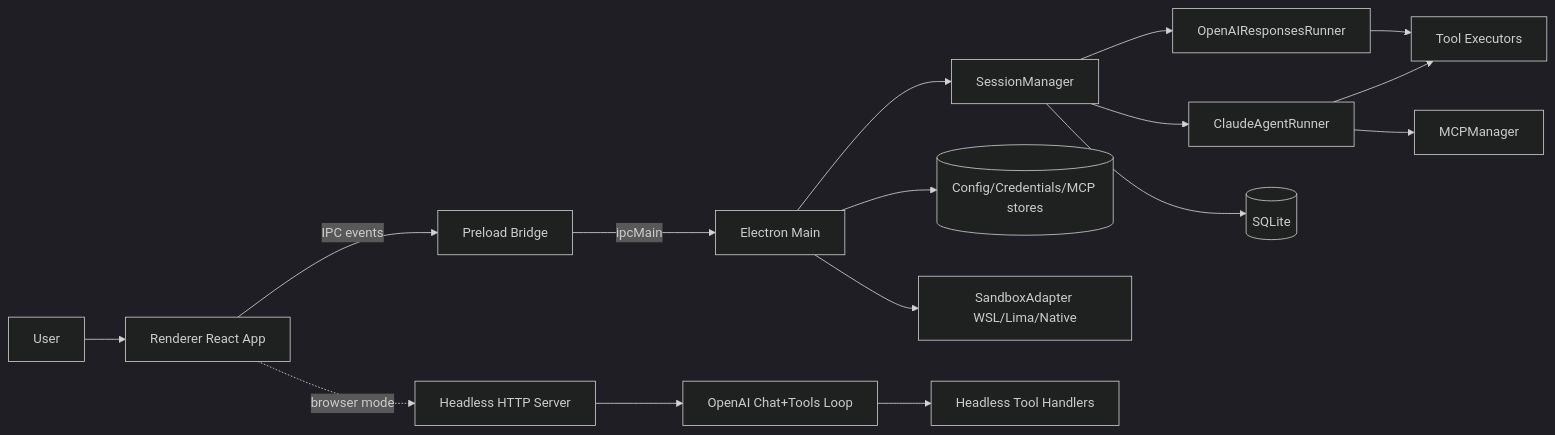
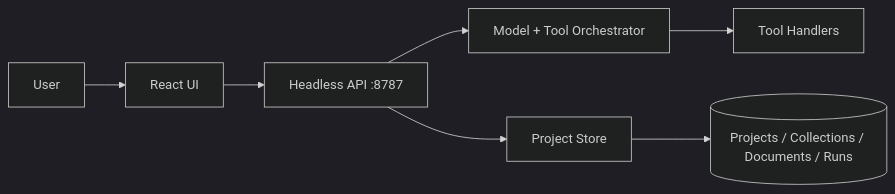
One commit to Jpmullins/open-analyst changed the diagram in ARCHITECTURE_MAP.md. Above: the diagram before and after it, drawn with Mermaid (dark theme). The commit also changed other lines of this file and 210 other files, not shown here.

````diff
--- a/ARCHITECTURE_MAP.md
+++ b/ARCHITECTURE_MAP.md
@@ -36,21 +16,9 @@
 ```mermaid
 flowchart LR
-  U[User] --> R[Renderer React App]
-  R -->|IPC events| P[Preload Bridge]
-  P -->|ipcMain| M[Electron Main]
-
-  M --> S[SessionManager]
-  S --> C[ClaudeAgentRunner]
-  S --> O[OpenAIResponsesRunner]
-  C --> T[Tool Executors]
-  O --> T
-  C --> MCP[MCPManager]
-
-  S --> DB[(SQLite)]
-  M --> CFG[(Config/Credentials/MCP stores)]
-  M --> SB[SandboxAdapter WSL/Lima/Native]
-
-  R -.browser mode.-> H[Headless HTTP Server]
-  H --> HM[OpenAI Chat+Tools Loop]
-  HM --> HT[Headless Tool Handlers]
+  U[User] --> UI[React UI]
+  UI --> API[Headless API :8787]
+  API --> AGENT[Model + Tool Orchestrator]
+  AGENT --> TOOLS[Tool Handlers]
+  API --> STORE[Project Store]
+  STORE --> DATA[(Projects / Collections / Documents / Runs)]
 ```
````
